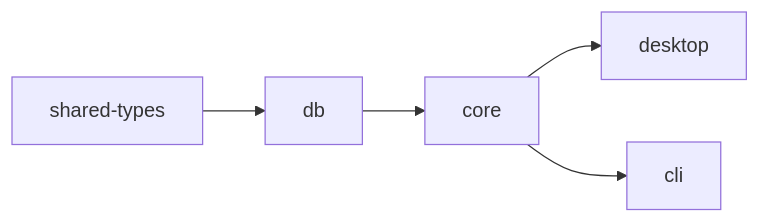
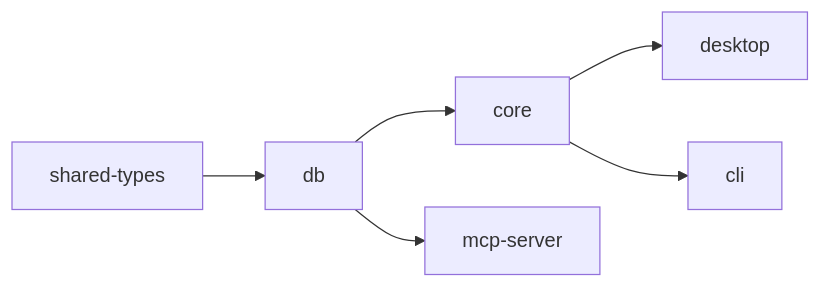
One commit to kemalai/FreeCrawl-SEO-Tool changed the diagram in README.md. Above: the diagram before and after it, drawn with Mermaid. The commit also changed other lines of this file and 8 other files, not shown here.

````diff
--- a/README.md
+++ b/README.md
@@ -405,7 +426,8 @@
 ```mermaid
 graph LR
   A[shared-types] --> B[db]
   B --> C[core]
   C --> D[desktop]
   C --> E[cli]
+  B --> F[mcp-server]
 ```
````
